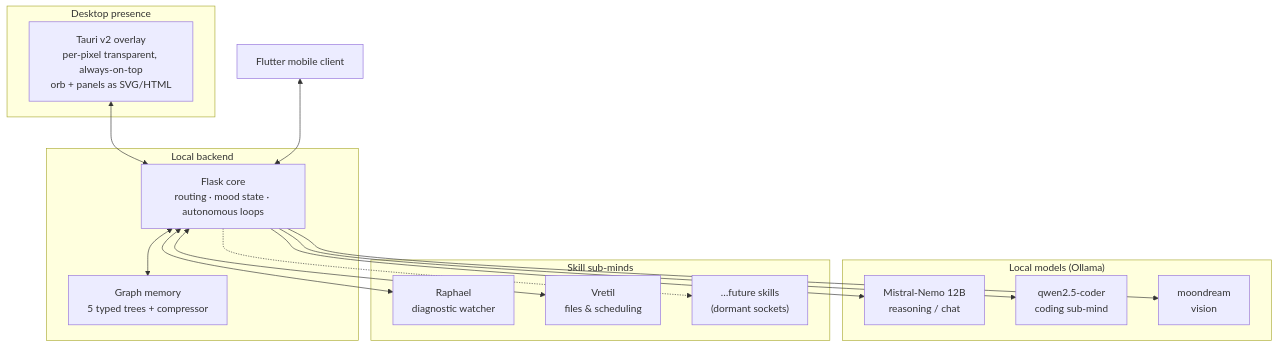
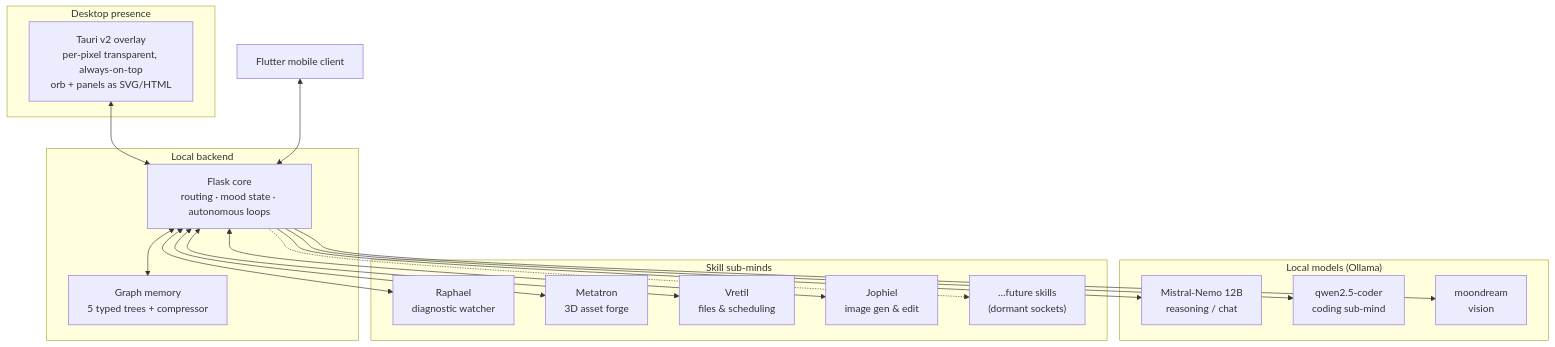
The diagram in docs/ARCHITECTURE.md (Kuro701/project-cloe), drawn with Mermaid before and after one commit. The commit also changed other lines of this file and 13 other files, not shown here.

Commit message:
Add real engineering-history narrative to docs; sync architecture diagram

````diff
--- a/docs/ARCHITECTURE.md
+++ b/docs/ARCHITECTURE.md
@@ -7,35 +7,39 @@
 ```mermaid
 flowchart TB
     subgraph Desktop["Desktop presence"]
         Overlay["Tauri v2 overlay\nper-pixel transparent, always-on-top\norb + panels as SVG/HTML"]
     end
 
     subgraph Backend["Local backend"]
         Core["Flask core\nrouting · mood state · autonomous loops"]
         Memory["Graph memory\n5 typed trees + compressor"]
     end
 
     subgraph Models["Local models (Ollama)"]
         M1["Mistral-Nemo 12B\nreasoning / chat"]
         M2["qwen2.5-coder\ncoding sub-mind"]
         M3["moondream\nvision"]
     end
 
     subgraph Skills["Skill sub-minds"]
         Raphael["Raphael\ndiagnostic watcher"]
+        Metatron["Metatron\n3D asset forge"]
         Vretil["Vretil\nfiles & scheduling"]
+        Jophiel["Jophiel\nimage gen & edit"]
         Future["…future skills\n(dormant sockets)"]
     end
 
     Client["Flutter mobile client"]
 
     Overlay <--> Core
     Client <--> Core
     Core <--> Memory
     Core --> M1
     Core --> M2
     Core --> M3
     Core <--> Raphael
+    Core <--> Metatron
     Core <--> Vretil
+    Core <--> Jophiel
     Core -.-> Future
 ```
````
